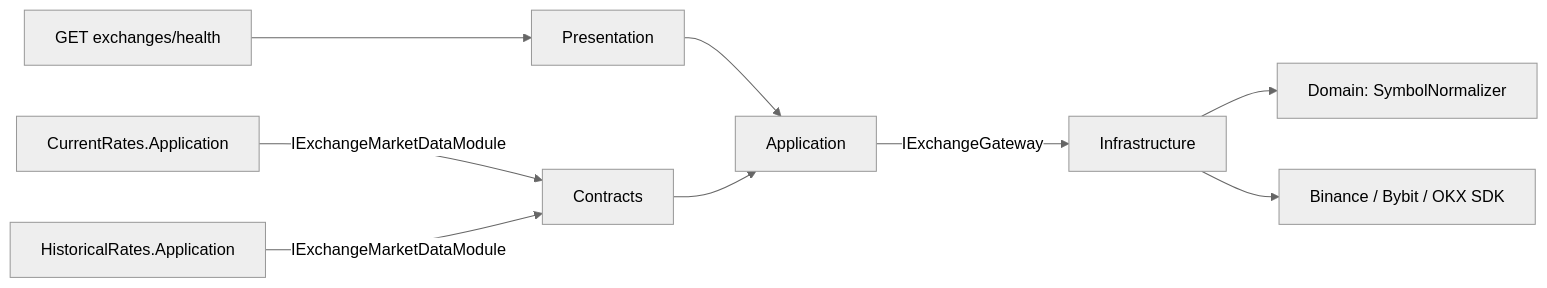
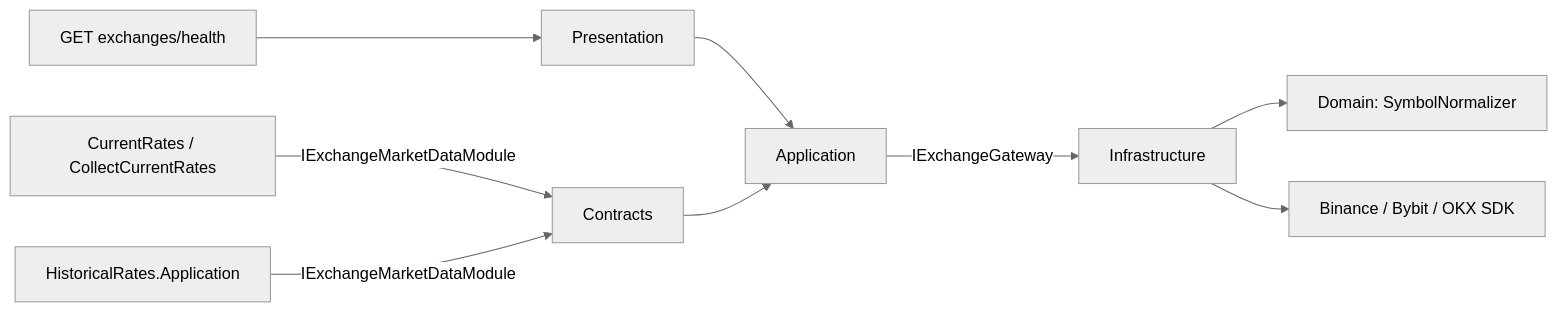
The first of 4 diagrams in docs/architecture/modules/exchange-integration.md (Grigory50012/FundingMonitor), drawn with Mermaid (neutral theme) before and after one commit. The commit also changed 98 other files, not shown here.

Commit message:
refactor: organize current rates into vertical slices

````diff
--- a/docs/architecture/modules/exchange-integration.md
+++ b/docs/architecture/modules/exchange-integration.md
@@ -7,11 +7,11 @@
 ```mermaid
 flowchart LR
-    CR[CurrentRates.Application] -->|IExchangeMarketDataModule| C[Contracts]
+    CR[CurrentRates / CollectCurrentRates] -->|IExchangeMarketDataModule| C[Contracts]
     HR[HistoricalRates.Application] -->|IExchangeMarketDataModule| C
     HTTP[GET exchanges/health] --> P[Presentation]
     P --> A[Application]
     C --> A
     A -->|IExchangeGateway| I[Infrastructure]
     I --> D[Domain: SymbolNormalizer]
     I --> EX[Binance / Bybit / OKX SDK]
 ```
````
